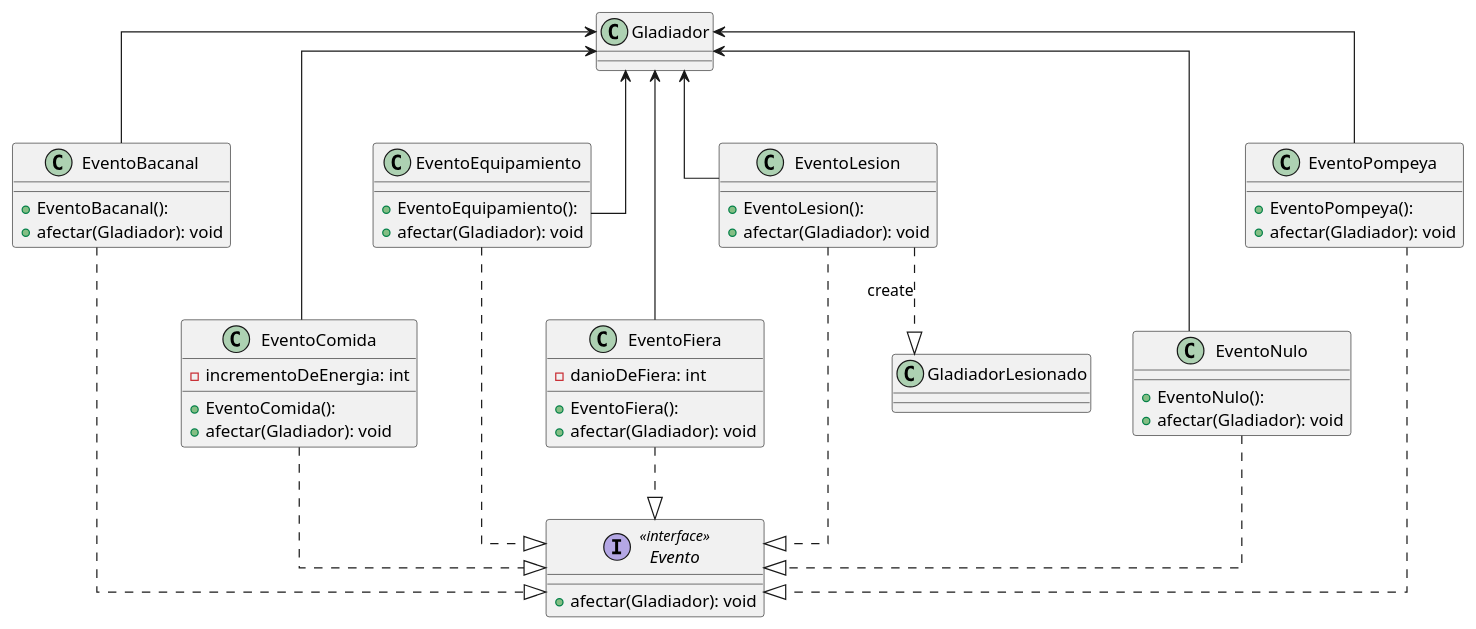
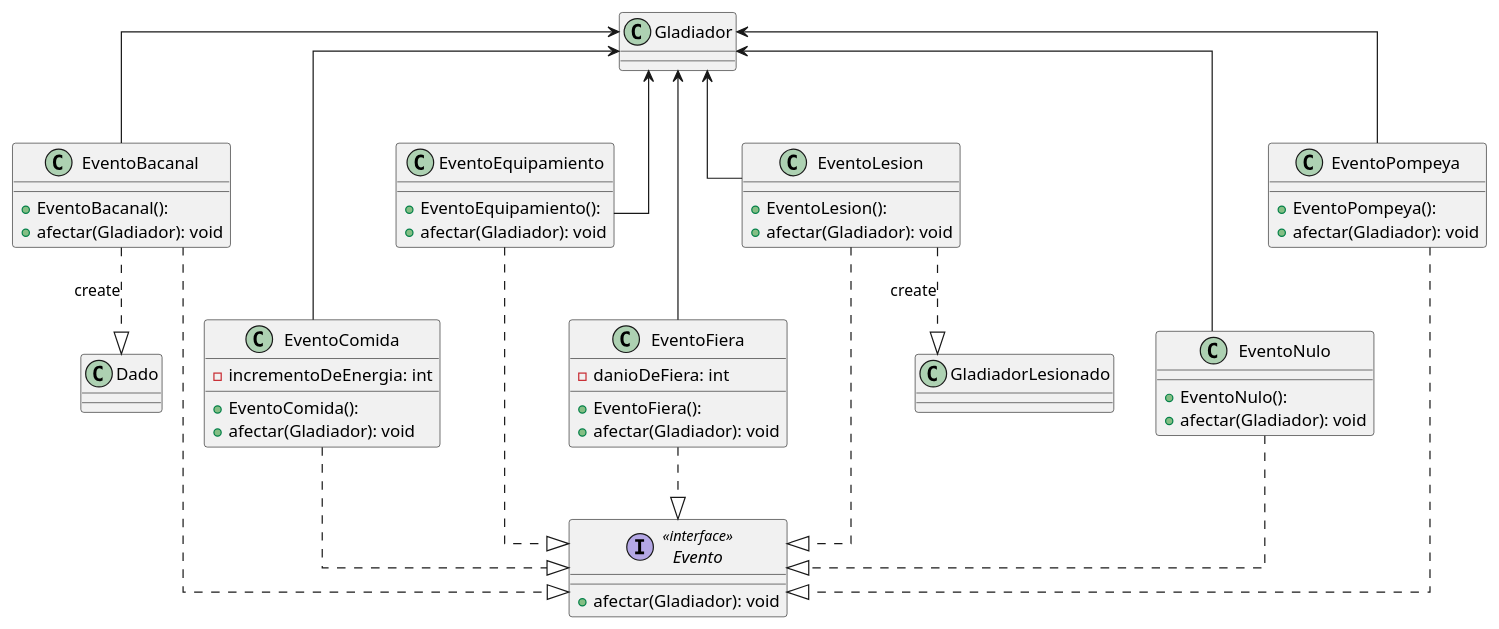
The diagram in diagrams/classes/DiagramaEvento.puml (mcumskov/Algo3_tp2), drawn with PlantUML before and after one commit. The commit also changed 5 other files, not shown here.

Commit message:
agrego diagrama de clases de Juego | mapa | GestorDeTurnos | actualizo diagarmaGladiador

```diff
--- a/diagrams/classes/DiagramaEvento.puml
+++ b/diagrams/classes/DiagramaEvento.puml
@@ -1,65 +1,72 @@
 @startuml
 
 skinparam linetype ortho
 
 interface Evento << interface >> {
   + afectar(Gladiador): void
 }
 class EventoBacanal {
   + EventoBacanal():
   + afectar(Gladiador): void
 }
 class EventoComida {
   + EventoComida():
   - incrementoDeEnergia: int
   + afectar(Gladiador): void
 }
 class EventoEquipamiento {
   + EventoEquipamiento():
   + afectar(Gladiador): void
 }
 class EventoFiera {
   + EventoFiera():
   - danioDeFiera: int
   + afectar(Gladiador): void
 }
 class EventoLesion {
   + EventoLesion():
   + afectar(Gladiador): void
 }
 class EventoNulo {
   + EventoNulo():
   + afectar(Gladiador): void
 }
 class EventoPompeya {
   + EventoPompeya():
   + afectar(Gladiador): void
 }
 
 class GladiadorLesionado {
 }
 
+class Dado {
+
+}
+
 class Gladiador{
 }
 
 EventoBacanal       .--^  Evento
 EventoComida        .-^  Evento
 EventoEquipamiento  .--^  Evento
 EventoFiera         .-^  Evento
 EventoLesion        .--^  Evento
 EventoNulo          .-^  Evento
 EventoPompeya       .--^  Evento
+EventoBacanal       .-^   Dado: "«create»"
+
+
 
 EventoLesion        .-^  GladiadorLesionado: "«create»"
 
 Gladiador <-- EventoBacanal
 Gladiador <-- EventoComida
 Gladiador <-- EventoEquipamiento
 Gladiador <-- EventoFiera
 Gladiador <-- EventoLesion
 Gladiador <-- EventoNulo
 Gladiador <-- EventoPompeya
 
 
 
 @enduml
```
